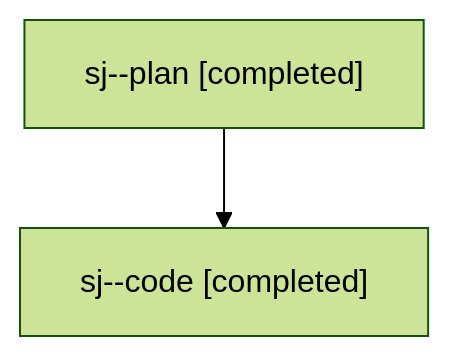
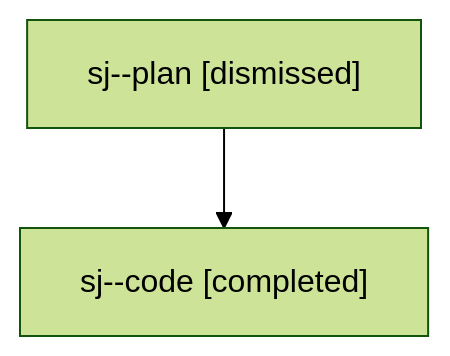
One commit to bobs-org/bob-cli--agents changed the diagram in families/bbugyi200.athena.sj.md. Above: the diagram before and after it, drawn with Mermaid (forest theme). The commit also changed other lines of this file and 128 other files, not shown here.

````diff
--- a/families/bbugyi200.athena.sj.md
+++ b/families/bbugyi200.athena.sj.md
@@ -9,6 +9,6 @@
 ```mermaid
 flowchart TD
-  n0["sj--plan [completed]"]
+  n0["sj--plan [dismissed]"]
   n1["sj--code [completed]"]
   n0 --> n1
 ```
````
